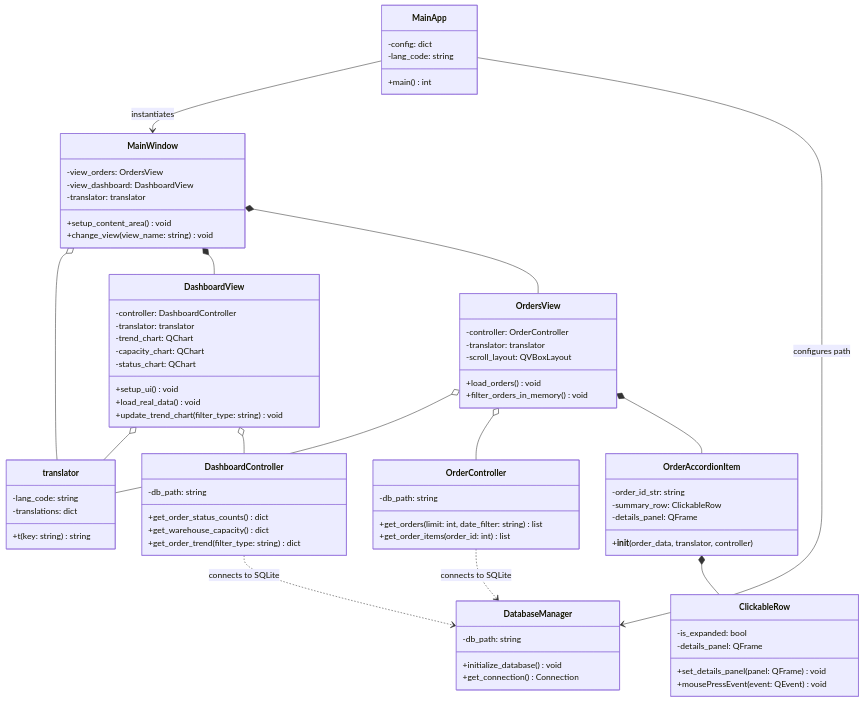
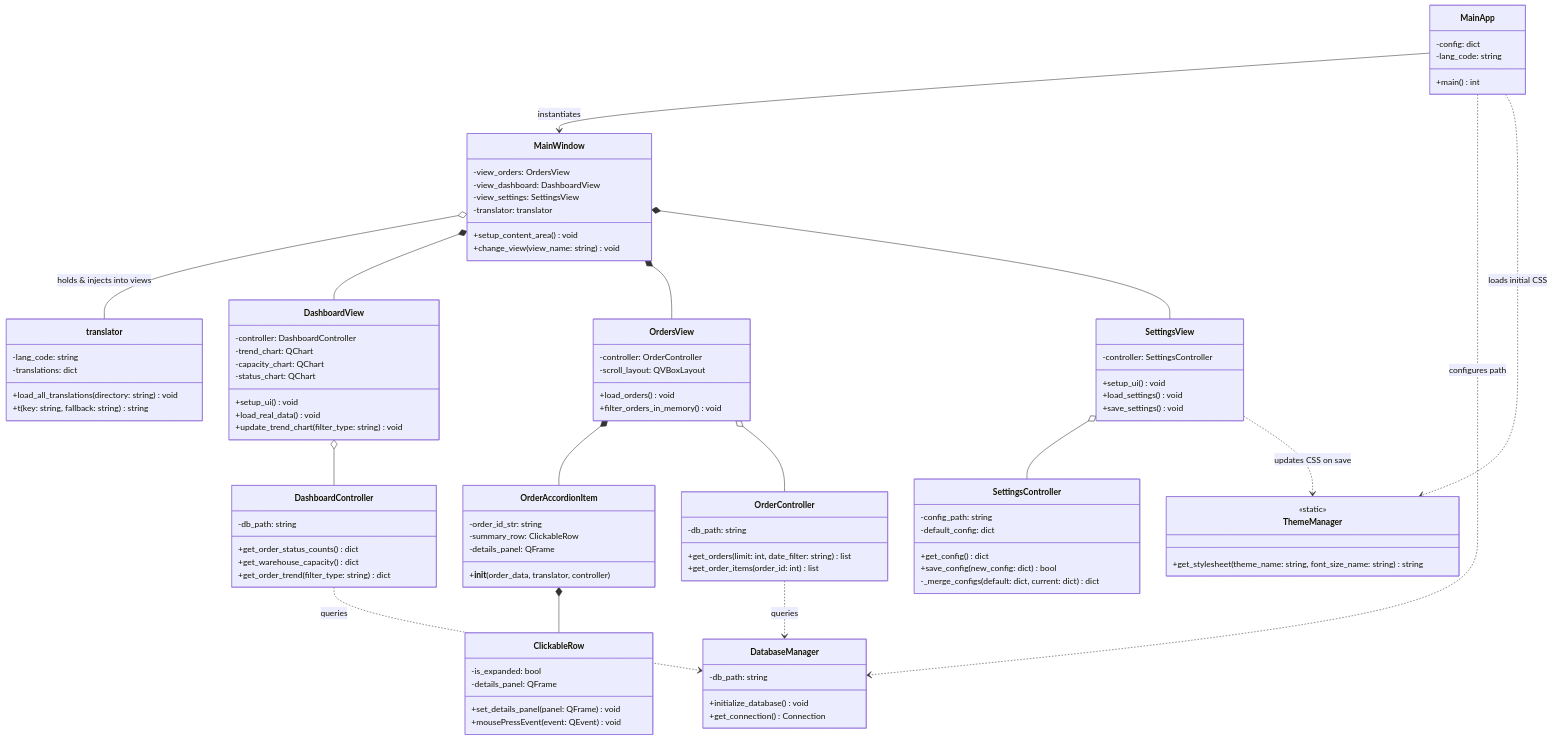
Before and after one commit to BKurantowicz/Engineering-thesis-project: the first of 2 diagrams in README.md, drawn with Mermaid. The commit also changed other lines of this file, not shown here.

Commit message:
✨ Updated docs.

````diff
--- a/README.md
+++ b/README.md
@@ -53,6 +57,8 @@
 ```mermaid
 classDiagram
-    %% CORE APP
+    direction TB
+
+    %% --- ENTRY POINT & ROUTER ---
     class MainApp {
         -config: dict
         -lang_code: string
@@ -62,27 +68,28 @@
     class MainWindow {
         -view_orders: OrdersView
         -view_dashboard: DashboardView
+        -view_settings: SettingsView
         -translator: translator
         +setup_content_area() void
         +change_view(view_name: string) void
     }
 
+    %% --- UTILITIES ---
     class translator {
         -lang_code: string
         -translations: dict
-        +t(key: string) string
+        +load_all_translations(directory: string) void
+        +t(key: string, fallback: string) string
     }
 
-    class DatabaseManager {
-        -db_path: string
-        +initialize_database() void
-        +get_connection() Connection
+    class ThemeManager {
+        <<static>>
+        +get_stylesheet(theme_name: string, font_size_name: string) string
     }
 
-    %% DASHBOARD MODULE
+    %% --- VIEWS (UI Layer) ---
     class DashboardView {
         -controller: DashboardController
-        -translator: translator
         -trend_chart: QChart
         -capacity_chart: QChart
         -status_chart: QChart
@@ -91,20 +98,18 @@
         +update_trend_chart(filter_type: string) void
     }
 
-    class DashboardController {
-        -db_path: string
-        +get_order_status_counts() dict
-        +get_warehouse_capacity() dict
-        +get_order_trend(filter_type: string) dict
-    }
-
-    %% ORDERS MODULE
     class OrdersView {
         -controller: OrderController
-        -translator: translator
         -scroll_layout: QVBoxLayout
         +load_orders() void
         +filter_orders_in_memory() void
+    }
+
+    class SettingsView {
+        -controller: SettingsController
+        +setup_ui() void
+        +load_settings() void
+        +save_settings() void
     }
 
     class OrderAccordionItem {
@@ -121,32 +126,65 @@
         +mousePressEvent(event: QEvent) void
     }
 
+    %% --- CONTROLLERS (Business Logic Layer) ---
+    class DashboardController {
+        -db_path: string
+        +get_order_status_counts() dict
+        +get_warehouse_capacity() dict
+        +get_order_trend(filter_type: string) dict
+    }
+
     class OrderController {
         -db_path: string
         +get_orders(limit: int, date_filter: string) list
         +get_order_items(order_id: int) list
     }
 
-    %% RELATIONSHIPS (Main flow)
+    class SettingsController {
+        -config_path: string
+        -default_config: dict
+        +get_config() dict
+        +save_config(new_config: dict) bool
+        -_merge_configs(default: dict, current: dict) dict
+    }
+
+    %% --- DATABASE ---
+    class DatabaseManager {
+        -db_path: string
+        +initialize_database() void
+        +get_connection() Connection
+    }
+
+    %% ==========================================
+    %% RELATIONSHIPS & ROUTING (Strictly Ordered)
+    %% ==========================================
+
+    %% 1. Application Init
     MainApp --> MainWindow : instantiates
-    MainApp --> DatabaseManager : configures path
-    
-    %% Aggregations (hollow diamond)
-    MainWindow o-- translator
-    DashboardView o-- translator
-    OrdersView o-- translator
-    
-    DashboardView o-- DashboardController
-    OrdersView o-- OrderController
+    MainApp ..> DatabaseManager : configures path
+    MainApp ..> ThemeManager : loads initial CSS
 
-    %% Compositions (filled diamond)
+    %% 2. Global Aggregations
+    MainWindow o-- translator : holds & injects into views
+
+    %% 3. View Compositions (MainWindow owns the Views)
     MainWindow *-- DashboardView
     MainWindow *-- OrdersView
+    MainWindow *-- SettingsView
     
+    %% 4. View Sub-components
     OrdersView *-- OrderAccordionItem
     OrderAccordionItem *-- ClickableRow
 
-    %% Dependencies (dashed arrow)
-    DashboardController ..> DatabaseManager : connects to SQLite
-    OrderController ..> DatabaseManager : connects to SQLite
+    %% 5. View to Controller Links
+    DashboardView o-- DashboardController
+    OrdersView o-- OrderController
+    SettingsView o-- SettingsController
+
+    %% 6. Controller to Database Links
+    DashboardController ..> DatabaseManager : queries
+    OrderController ..> DatabaseManager : queries
+
+    %% 7. Local Triggers
+    SettingsView ..> ThemeManager : updates CSS on save
 ```
````
